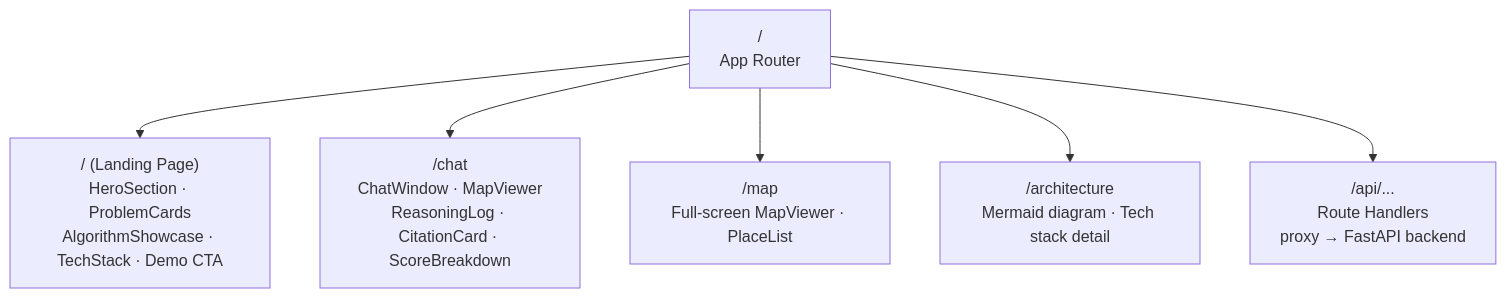
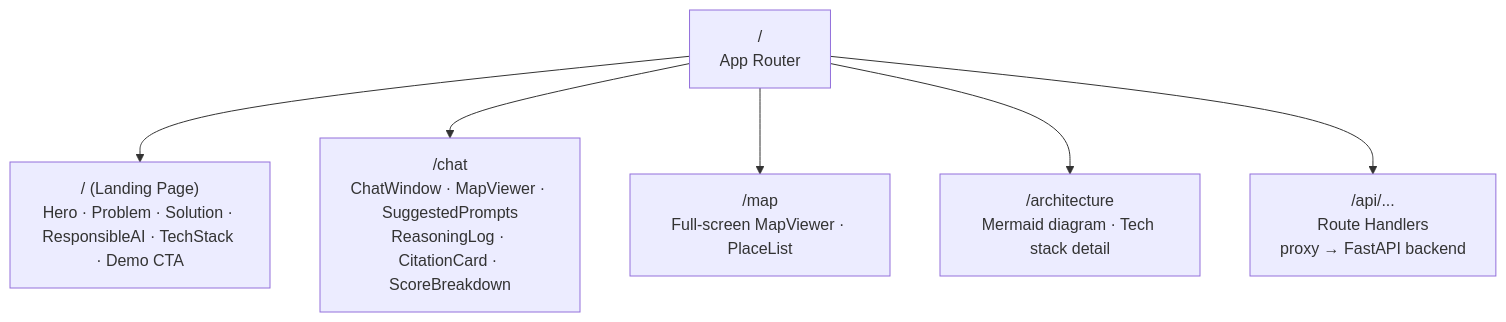
The seventh of 9 diagrams in docs/REQUIREMENTS.md (thanhnndev/citd-hk1-project), drawn with Mermaid before and after one commit. The commit also changed other lines of this file, not shown here.

````diff
--- a/docs/REQUIREMENTS.md
+++ b/docs/REQUIREMENTS.md
@@ -744,9 +853,9 @@
 ```mermaid
 graph TD
     Root["/\nApp Router"]
-    Root --> Landing["/ (Landing Page)\nHeroSection · ProblemCards\nAlgorithmShowcase · TechStack · Demo CTA"]
-    Root --> Chat["/chat\nChatWindow · MapViewer\nReasoningLog · CitationCard · ScoreBreakdown"]
+    Root --> Landing["/ (Landing Page)\nHero · Problem · Solution · ResponsibleAI · TechStack · Demo CTA"]
+    Root --> Chat["/chat\nChatWindow · MapViewer · SuggestedPrompts\nReasoningLog · CitationCard · ScoreBreakdown"]
     Root --> Map["/map\nFull-screen MapViewer · PlaceList"]
     Root --> Arch["/architecture\nMermaid diagram · Tech stack detail"]
     Root --> API["/api/...\nRoute Handlers\nproxy → FastAPI backend"]
 ```
````
